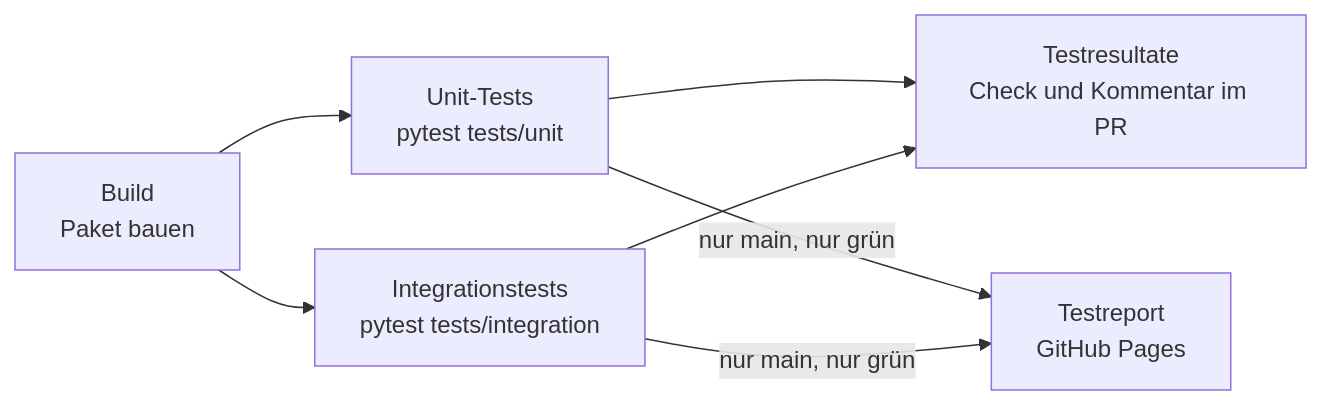
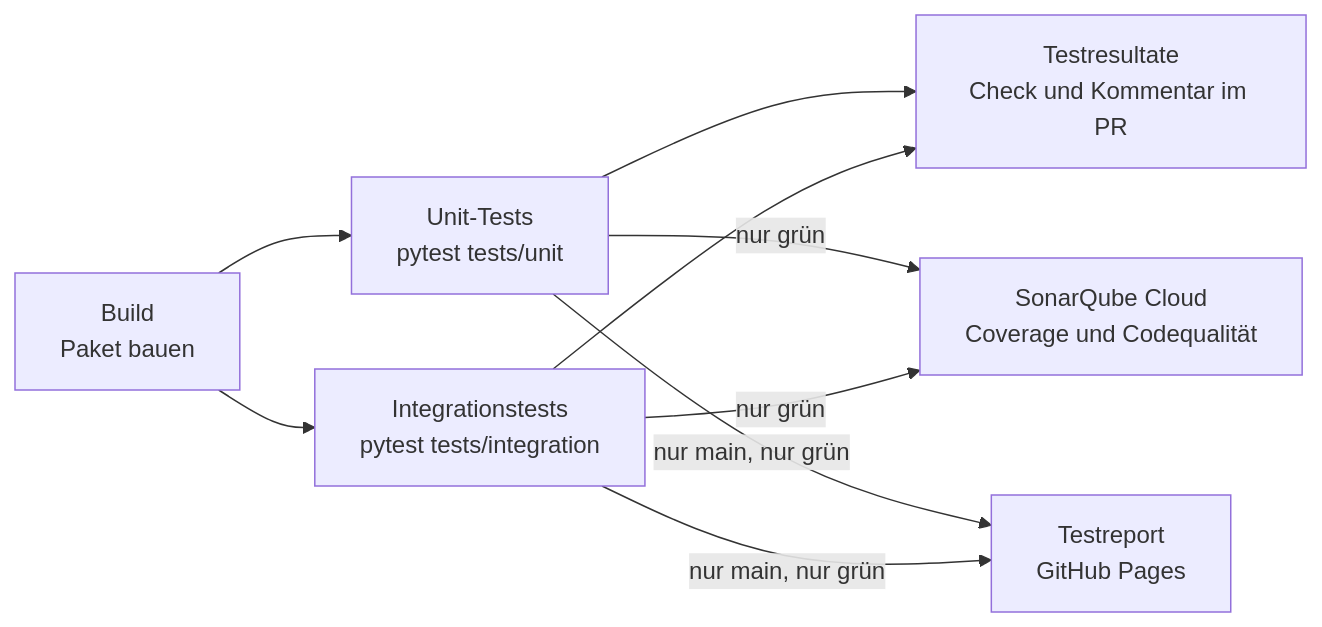
One commit to NicolasHunger/bollinger-bot changed the second of 2 diagrams in README.md. Above: the diagram before and after it, drawn with Mermaid. The commit also changed other lines of this file and 1 other file, not shown here.

First line of the commit message:
README und CLAUDE.md: SonarQube Cloud, Badges, KI-Nutzung

````diff
--- a/README.md
+++ b/README.md
@@ -168,7 +173,8 @@
 ```mermaid
 flowchart LR
     build["Build<br/>Paket bauen"] --> unit["Unit-Tests<br/>pytest tests/unit"]
     build --> integration["Integrationstests<br/>pytest tests/integration"]
     unit & integration --> resultate["Testresultate<br/>Check und Kommentar im PR"]
+    unit & integration -->|"nur grün"| sonar["SonarQube Cloud<br/>Coverage und Codequalität"]
     unit & integration -->|"nur main, nur grün"| pages["Testreport<br/>GitHub Pages"]
 ```
````
